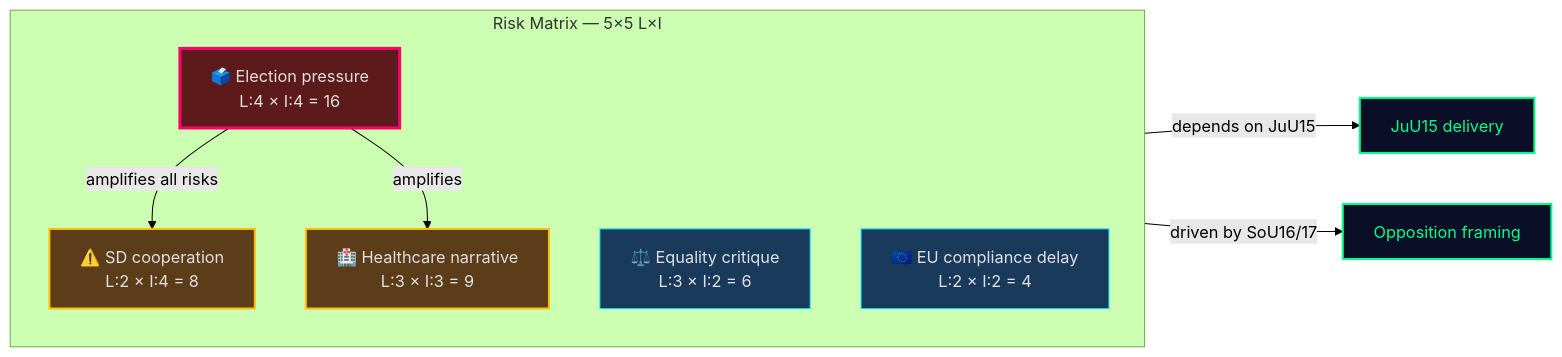
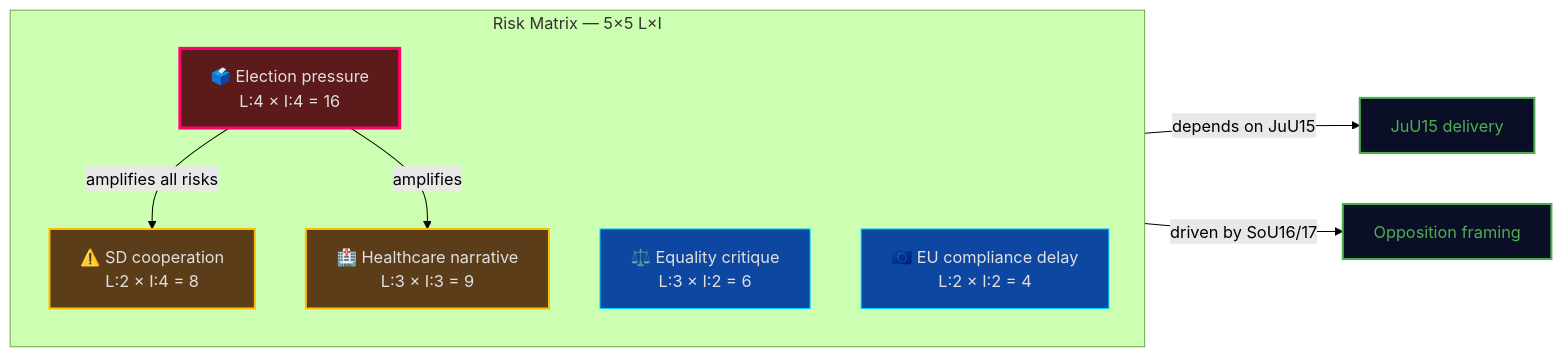
One commit to Hack23/riksdagsmonitor changed the diagram in analysis/daily/2026-04-02/committeeReports/risk-assessment.md. Above: the diagram before and after it, drawn with Mermaid (forest theme). The commit also changed 785 other files, not shown here.

First line of the commit message:
Normalize mermaid colors across 786 analysis artifacts to ISMS Style Guide palette

````diff
--- a/analysis/daily/2026-04-02/committeeReports/risk-assessment.md
+++ b/analysis/daily/2026-04-02/committeeReports/risk-assessment.md
@@ -12,21 +12,21 @@
 ```mermaid
 graph LR
     subgraph "Risk Matrix — 5×5 L×I"
         direction TB
         R1["⚠️ SD cooperation<br/>L:2 × I:4 = 8"]:::moderate
         R2["🏥 Healthcare narrative<br/>L:3 × I:3 = 9"]:::moderate
         R3["⚖️ Equality critique<br/>L:3 × I:2 = 6"]:::low
         R4["🗳️ Election pressure<br/>L:4 × I:4 = 16"]:::high
         R5["🇪🇺 EU compliance delay<br/>L:2 × I:2 = 4"]:::low
     end
 
     R1 -->|"depends on JuU15"| D1["JuU15 delivery"]:::action
     R2 -->|"driven by SoU16/17"| D2["Opposition framing"]:::action
     R4 -->|"amplifies all risks"| R1
     R4 -->|"amplifies"| R2
 
     classDef high fill:#5c1a1a,stroke:#ff006e,color:#e0e0e0,stroke-width:3px
     classDef moderate fill:#5c3d1a,stroke:#ffbe0b,color:#e0e0e0,stroke-width:2px
-    classDef low fill:#1a3a5c,stroke:#00d9ff,color:#e0e0e0
-    classDef action fill:#0a0e27,stroke:#00ff88,color:#00ff88,stroke-width:2px
+    classDef low fill:#0D47A1,stroke:#00d9ff,color:#e0e0e0
+    classDef action fill:#0a0e27,stroke:#4CAF50,color:#4CAF50,stroke-width:2px
 ```
````
